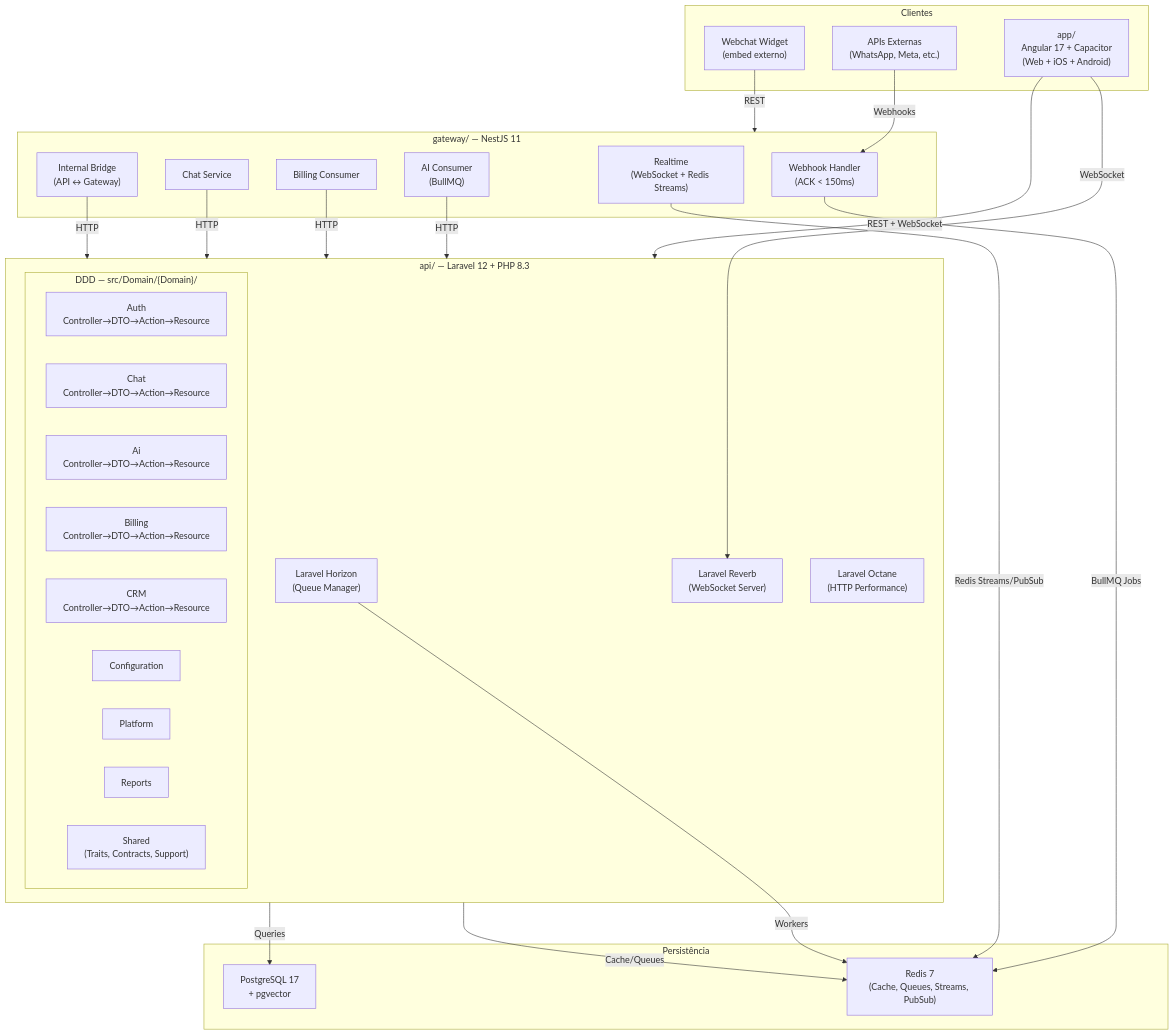
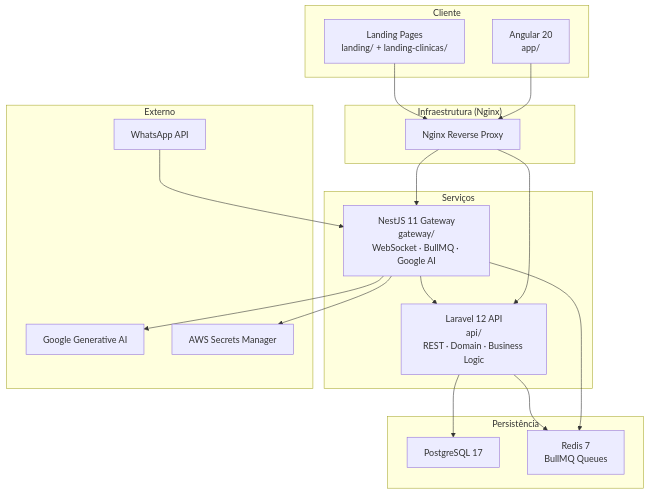
One commit to agentflix/interazap changed the diagram in .context/ARCHITECTURE/architecture.md. Above: the diagram before and after it, drawn with Mermaid. The commit also changed other lines of this file and 41 other files, not shown here.

````diff
--- a/.context/ARCHITECTURE/architecture.md
+++ b/.context/ARCHITECTURE/architecture.md
@@ -5,53 +5,42 @@
 ```mermaid
 graph TB
-    subgraph Clients["Clientes"]
-        APP["app/\nAngular 17 + Capacitor\n(Web + iOS + Android)"]
-        WEBCHAT["Webchat Widget\n(embed externo)"]
-        EXT["APIs Externas\n(WhatsApp, Meta, etc.)"]
+    subgraph Client["Cliente"]
+        APP["Angular 20<br/>app/"]
+        LAND["Landing Pages<br/>landing/ + landing-clinicas/"]
     end
 
-    subgraph Gateway["gateway/ — NestJS 11"]
-        GW_WEBHOOK["Webhook Handler\n(ACK < 150ms)"]
-        GW_AI["AI Consumer\n(BullMQ)"]
-        GW_BILLING["Billing Consumer"]
-        GW_CHAT["Chat Service"]
-        GW_REALTIME["Realtime\n(WebSocket + Redis Streams)"]
-        GW_INTERNAL["Internal Bridge\n(API ↔ Gateway)"]
+    subgraph Infra["Infraestrutura (Nginx)"]
+        NGINX["Nginx Reverse Proxy"]
     end
 
-    subgraph API["api/ — Laravel 12 + PHP 8.3"]
-        subgraph DDD["DDD — src/Domain/{Domain}/"]
-            AUTH["Auth\nController→DTO→Action→Resource"]
-            CHAT_D["Chat\nController→DTO→Action→Resource"]
-            AI_D["Ai\nController→DTO→Action→Resource"]
-            BILLING_D["Billing\nController→DTO→Action→Resource"]
-            CRM_D["CRM\nController→DTO→Action→Resource"]
-            CFG["Configuration"]
-            PLATFORM["Platform"]
-            REPORTS["Reports"]
-            SHARED["Shared\n(Traits, Contracts, Support)"]
-        end
-        HORIZON["Laravel Horizon\n(Queue Manager)"]
-        REVERB["Laravel Reverb\n(WebSocket Server)"]
-        OCTANE["Laravel Octane\n(HTTP Performance)"]
+    subgraph Services["Serviços"]
+        GW["NestJS 11 Gateway<br/>gateway/<br/>WebSocket · BullMQ · Google AI"]
+        API["Laravel 12 API<br/>api/<br/>REST · Domain · Business Logic"]
     end
 
     subgraph Data["Persistência"]
-        PG["PostgreSQL 17\n+ pgvector"]
-        REDIS["Redis 7\n(Cache, Queues, Streams, PubSub)"]
+        PG["PostgreSQL 17"]
+        REDIS["Redis 7<br/>BullMQ Queues"]
     end
 
-    APP -->|REST + WebSocket| API
-    APP -->|WebSocket| REVERB
-    WEBCHAT -->|REST| Gateway
-    EXT -->|Webhooks| GW_WEBHOOK
-    GW_WEBHOOK -->|BullMQ Jobs| REDIS
-    GW_AI -->|HTTP| API
-    GW_BILLING -->|HTTP| API
-    GW_CHAT -->|HTTP| API
-    GW_REALTIME -->|Redis Streams/PubSub| REDIS
-    GW_INTERNAL -->|HTTP| API
-    API -->|Queries| PG
-    API -->|Cache/Queues| REDIS
-    HORIZON -->|Workers| REDIS
+    subgraph External["Externo"]
+        WA["WhatsApp API"]
+        GOOG["Google Generative AI"]
+        AWS["AWS Secrets Manager"]
+    end
+
+    APP --> NGINX
+    LAND --> NGINX
+    NGINX --> GW
+    NGINX --> API
+
+    GW --> API
+    GW --> REDIS
+    GW --> GOOG
+    GW --> AWS
+
+    API --> PG
+    API --> REDIS
+
+    WA --> GW
 ```
````
